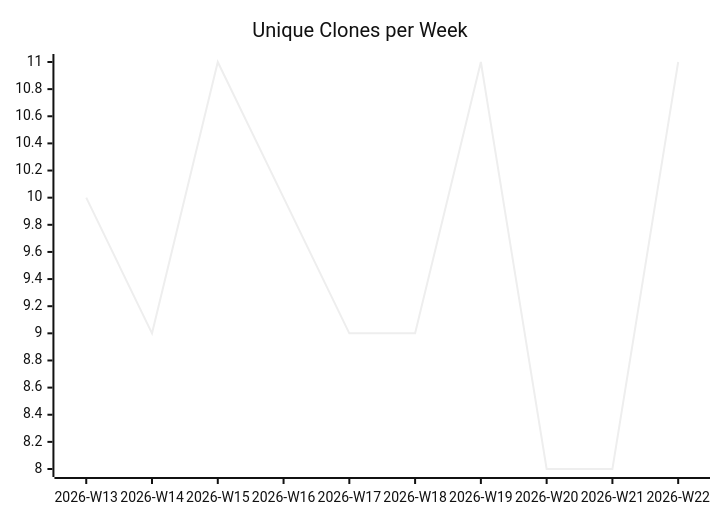
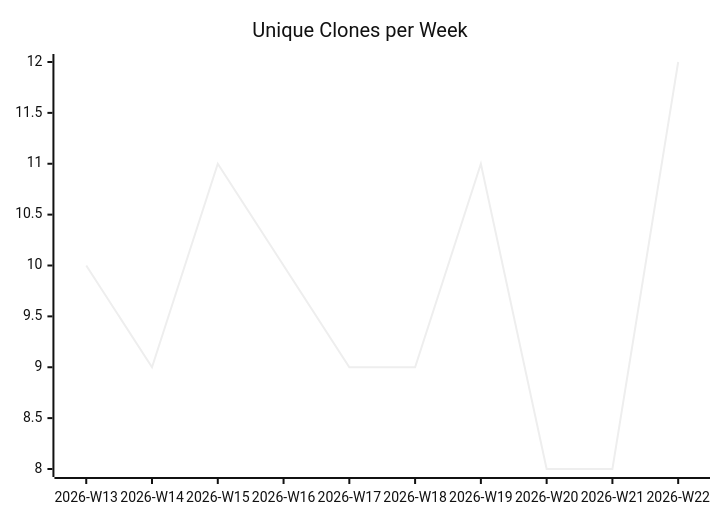
The third of 3 diagrams in karlmdavis/usgs-water-api-java/README.md (justdavis-family/github-analytics-data), drawn with Mermaid (neutral theme) before and after one commit. The commit also changed other lines of this file and 190 other files, not shown here.

````diff
--- a/karlmdavis/usgs-water-api-java/README.md
+++ b/karlmdavis/usgs-water-api-java/README.md
@@ -19,6 +19,6 @@
 ```mermaid
 xychart-beta
   title "Unique Clones per Week"
   x-axis ["2026-W13", "2026-W14", "2026-W15", "2026-W16", "2026-W17", "2026-W18", "2026-W19", "2026-W20", "2026-W21", "2026-W22"]
-  line [10, 9, 11, 10, 9, 9, 11, 8, 8, 11]
+  line [10, 9, 11, 10, 9, 9, 11, 8, 8, 12]
 ```
````
